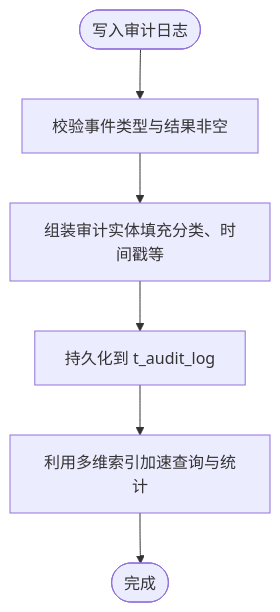
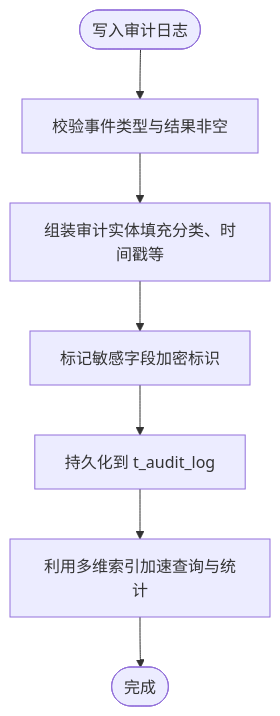
Before and after one commit to fq0121104930716/iam-platform: the ninth of 10 diagrams in .qoder/repowiki/zh/content/数据库设计/数据库架构/数据库架构.md, drawn with Mermaid. The commit also changed other lines of this file and 46 other files, not shown here.

````diff
--- a/.qoder/repowiki/zh/content/数据库设计/数据库架构/数据库架构.md
+++ b/.qoder/repowiki/zh/content/数据库设计/数据库架构/数据库架构.md
@@ -350,8 +582,9 @@
 ```mermaid
 flowchart TD
 Start(["写入审计日志"]) --> Validate["校验事件类型与结果非空"]
 Validate --> Build["组装审计实体填充分类、时间戳等"]
-Build --> Persist["持久化到 t_audit_log"]
+Build --> Encrypt["标记敏感字段加密标识"]
+Encrypt --> Persist["持久化到 t_audit_log"]
 Persist --> Index["利用多维索引加速查询与统计"]
 Index --> End(["完成"])
 ```
````
